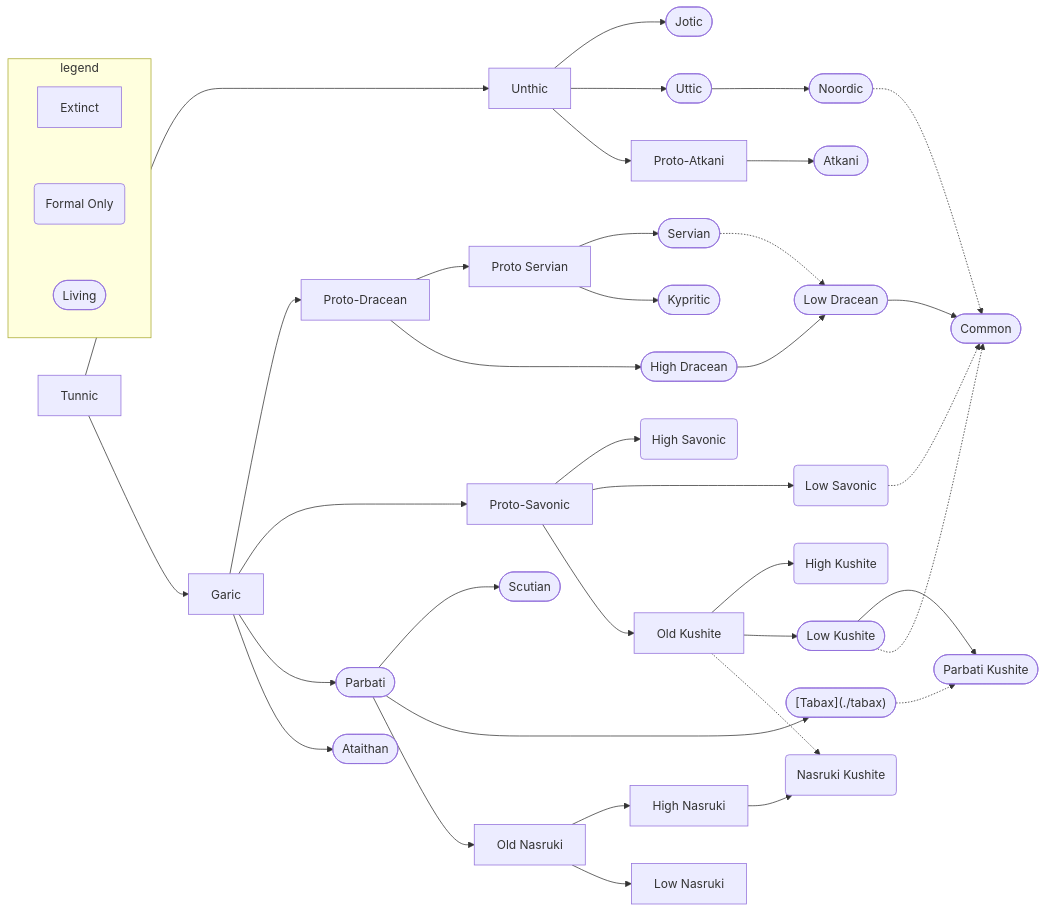
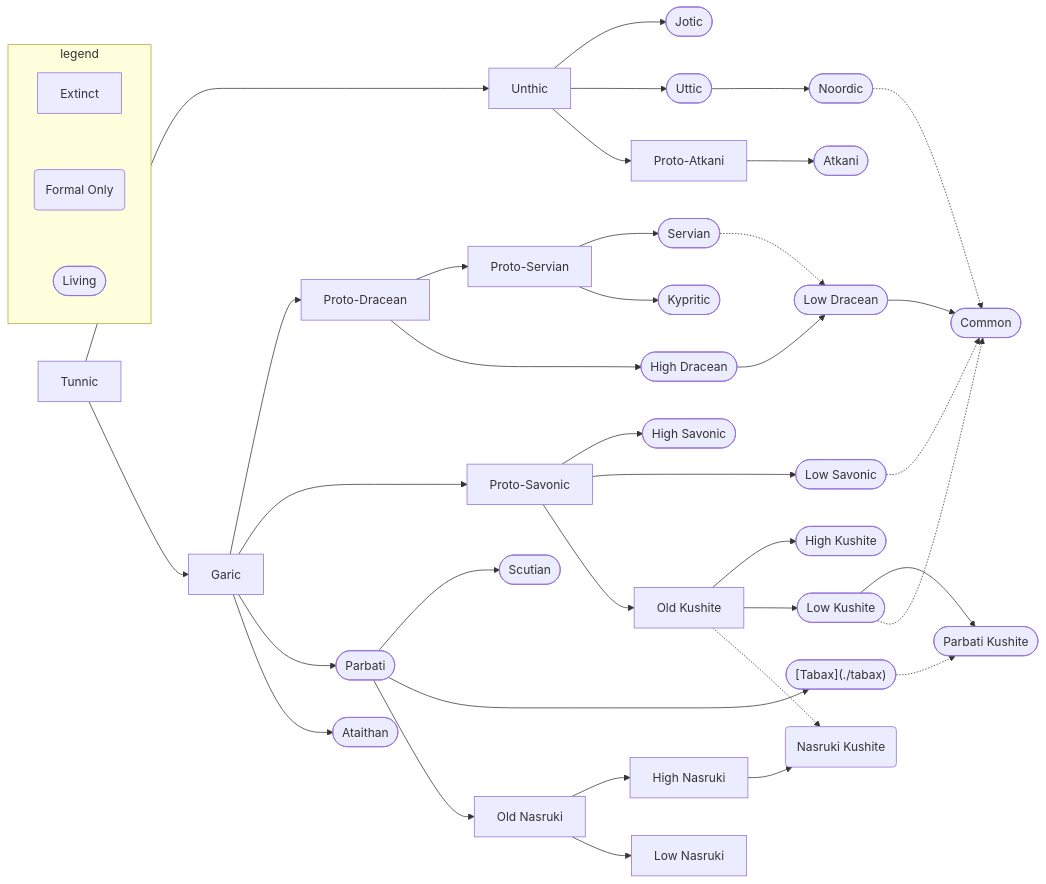
One commit to TEParsons/Iuncterra changed the diagram in source/lore/languages/index.md. Above: the diagram before and after it, drawn with Mermaid.

Commit message:
Fix some errors in language phylo tree

```diff
--- a/source/lore/languages/index.md
+++ b/source/lore/languages/index.md
@@ -21,17 +21,17 @@
 jotic([Jotic])
 atkani([Atkani])
 noordic([Noordic])
-proto-servian[Proto Servian]
+proto-servian[Proto-Servian]
 servian([Servian])
 kypritic([Kypritic])
 high-dracean([High Dracean])
 low-dracean([Low Dracean])
 tabax(["`[Tabax](./tabax)`"])
 scutian([Scutian])
-high-savonic(High Savonic)
-low-savonic(Low Savonic)
+high-savonic([High Savonic])
+low-savonic([Low Savonic])
 old-kushite[Old Kushite]
-high-kushite(High Kushite)
+high-kushite([High Kushite])
 low-kushite([Low Kushite])
 parbati-kushite([Parbati Kushite])
 nasruki-kushite(Nasruki Kushite)
```
